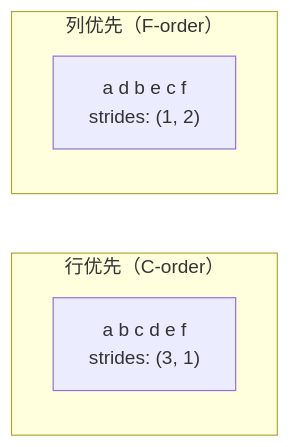
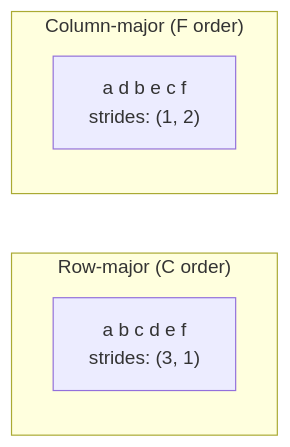
Before and after one commit to omigaZen/ai-engineering-from-scratch: the third of 4 diagrams in phases/01-math-foundations/12-tensor-operations/docs/zh.md, drawn with Mermaid. The commit also changed other lines of this file and 32 other files, not shown here.

````diff
--- a/phases/01-math-foundations/12-tensor-operations/docs/zh.md
+++ b/phases/01-math-foundations/12-tensor-operations/docs/zh.md
@@ -67,9 +67,9 @@
 ```mermaid
 graph LR
-    subgraph "行优先（C-order）"
+    subgraph "Row-major (C order)"
         R["a b c d e f<br/>strides: (3, 1)"]
     end
-    subgraph "列优先（F-order）"
+    subgraph "Column-major (F order)"
         C["a d b e c f<br/>strides: (1, 2)"]
     end
 ```
````
